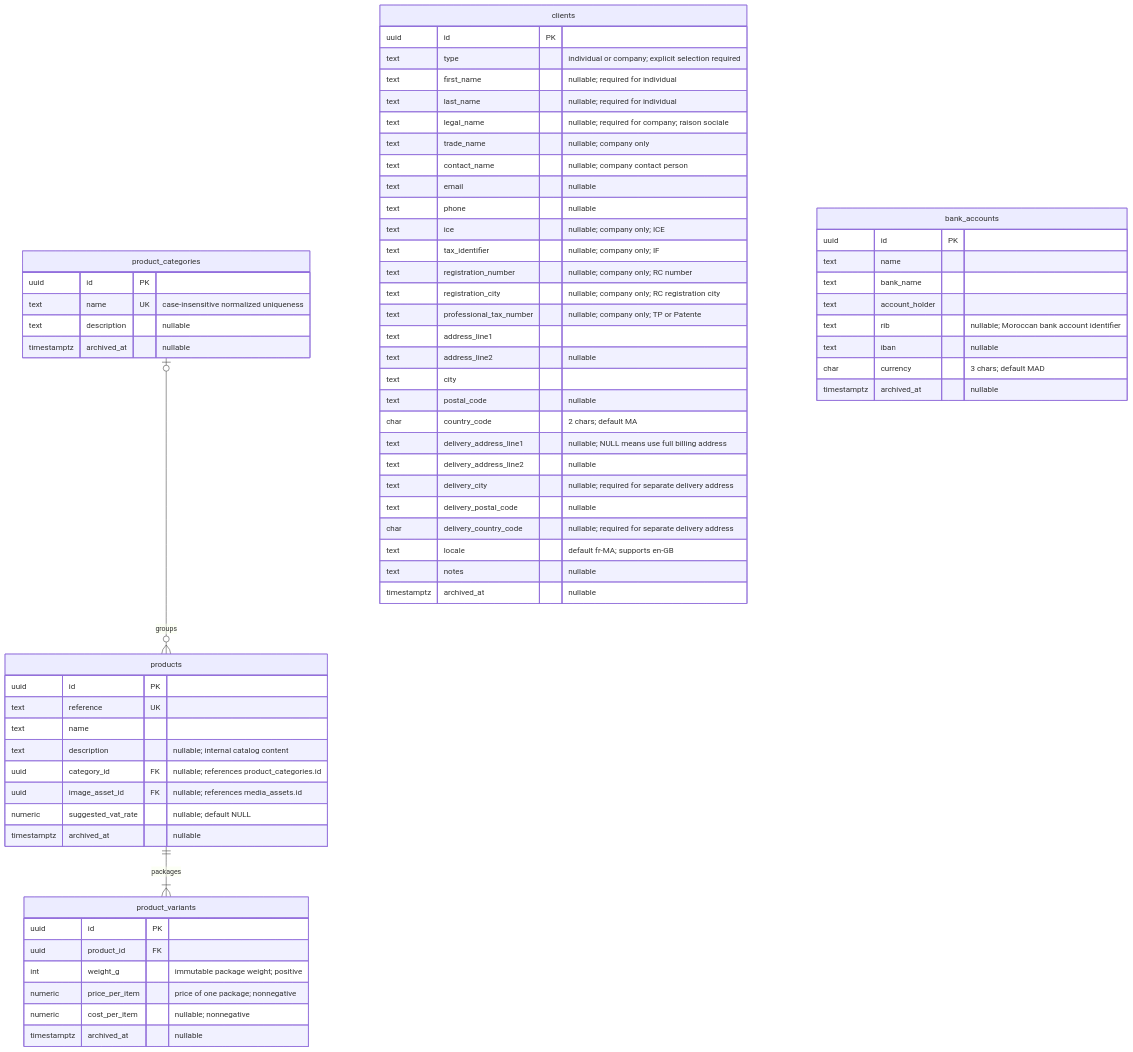
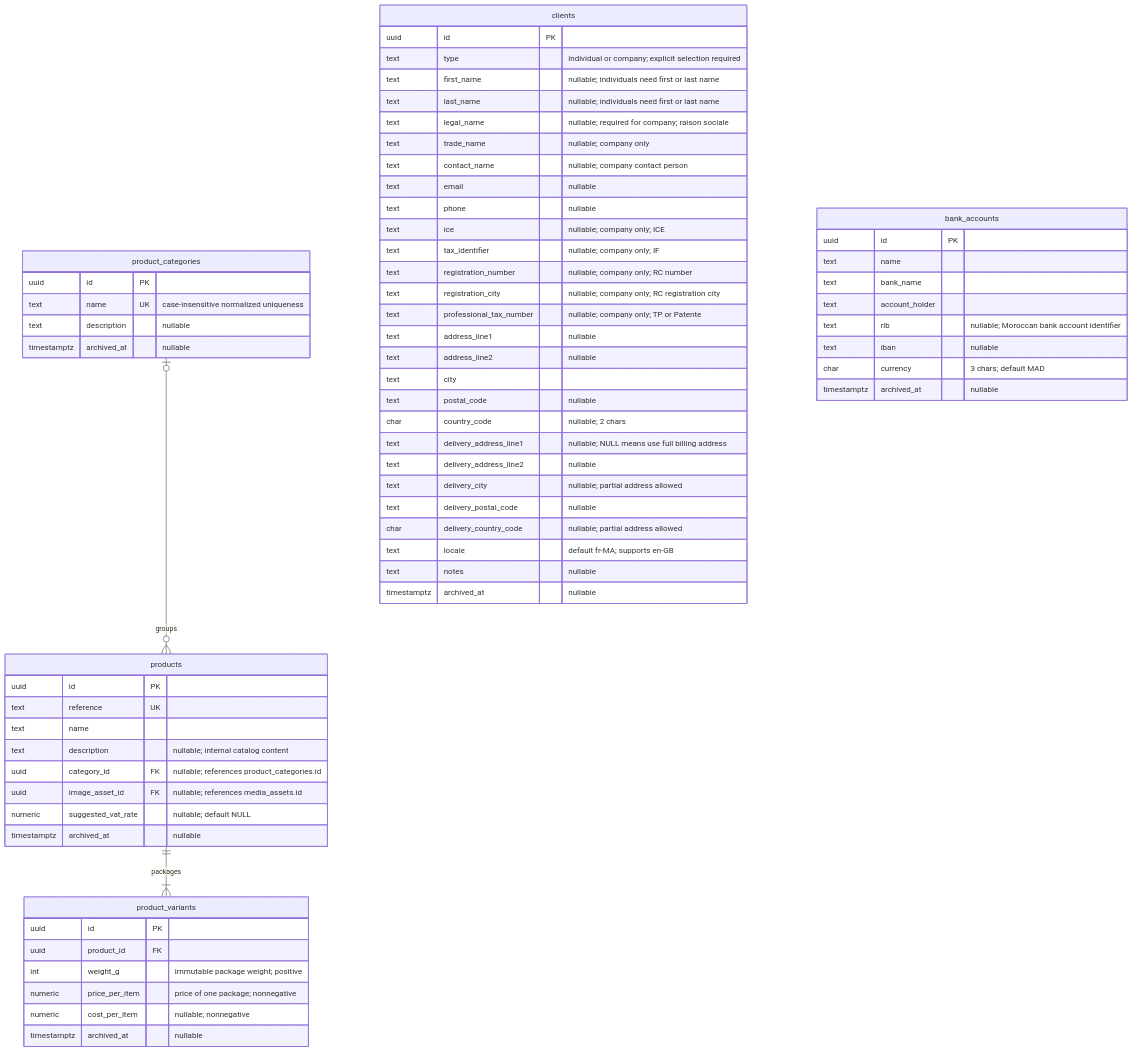
The seventh of 11 diagrams in docs/database-schema-design.md (bamoya/slama-finance), drawn with Mermaid before and after one commit. The commit also changed other lines of this file and 72 other files, not shown here.

````diff
--- a/docs/database-schema-design.md
+++ b/docs/database-schema-design.md
@@ -446,68 +446,68 @@
 ```mermaid
 erDiagram
     product_categories o|--o{ products : groups
     products ||--|{ product_variants : packages
     clients {
         uuid id PK
         text type "individual or company; explicit selection required"
-        text first_name "nullable; required for individual"
-        text last_name "nullable; required for individual"
+        text first_name "nullable; individuals need first or last name"
+        text last_name "nullable; individuals need first or last name"
         text legal_name "nullable; required for company; raison sociale"
         text trade_name "nullable; company only"
         text contact_name "nullable; company contact person"
         text email "nullable"
         text phone "nullable"
         text ice "nullable; company only; ICE"
         text tax_identifier "nullable; company only; IF"
         text registration_number "nullable; company only; RC number"
         text registration_city "nullable; company only; RC registration city"
         text professional_tax_number "nullable; company only; TP or Patente"
-        text address_line1
+        text address_line1 "nullable"
         text address_line2 "nullable"
         text city
         text postal_code "nullable"
-        char country_code "2 chars; default MA"
+        char country_code "nullable; 2 chars"
         text delivery_address_line1 "nullable; NULL means use full billing address"
         text delivery_address_line2 "nullable"
-        text delivery_city "nullable; required for separate delivery address"
+        text delivery_city "nullable; partial address allowed"
         text delivery_postal_code "nullable"
-        char delivery_country_code "nullable; required for separate delivery address"
+        char delivery_country_code "nullable; partial address allowed"
         text locale "default fr-MA; supports en-GB"
         text notes "nullable"
         timestamptz archived_at "nullable"
     }
     product_categories {
         uuid id PK
         text name UK "case-insensitive normalized uniqueness"
         text description "nullable"
         timestamptz archived_at "nullable"
     }
     products {
         uuid id PK
         text reference UK
         text name
         text description "nullable; internal catalog content"
         uuid category_id FK "nullable; references product_categories.id"
         uuid image_asset_id FK "nullable; references media_assets.id"
         numeric suggested_vat_rate "nullable; default NULL"
         timestamptz archived_at "nullable"
     }
     product_variants {
         uuid id PK
         uuid product_id FK
         int weight_g "immutable package weight; positive"
         numeric price_per_item "price of one package; nonnegative"
         numeric cost_per_item "nullable; nonnegative"
         timestamptz archived_at "nullable"
     }
     bank_accounts {
         uuid id PK
         text name
         text bank_name
         text account_holder
         text rib "nullable; Moroccan bank account identifier"
         text iban "nullable"
         char currency "3 chars; default MAD"
         timestamptz archived_at "nullable"
     }
 ```
````
